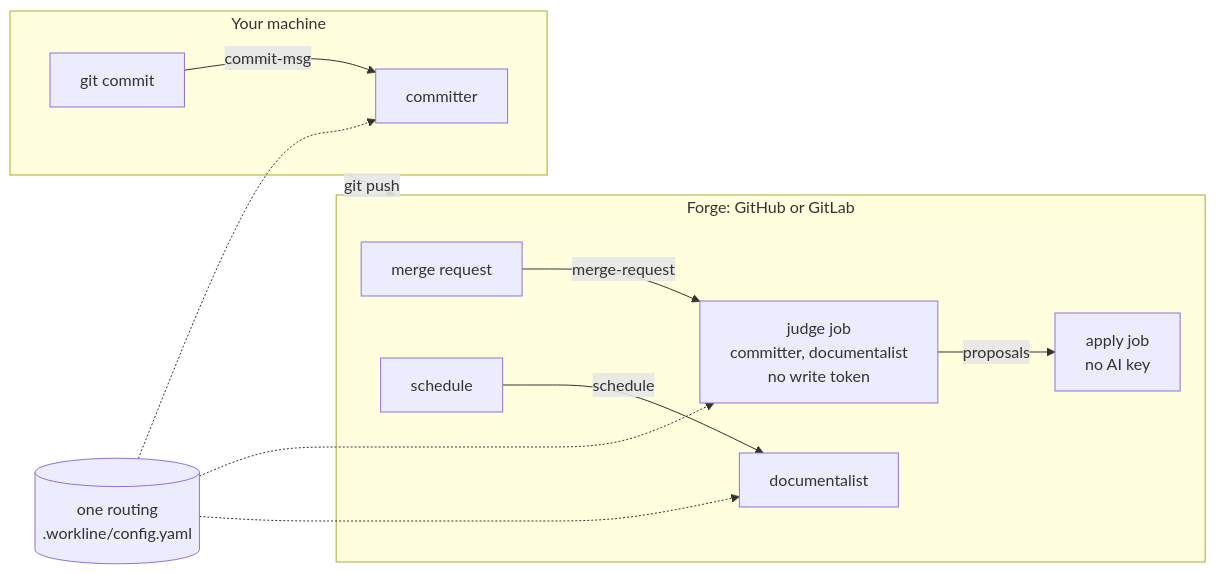
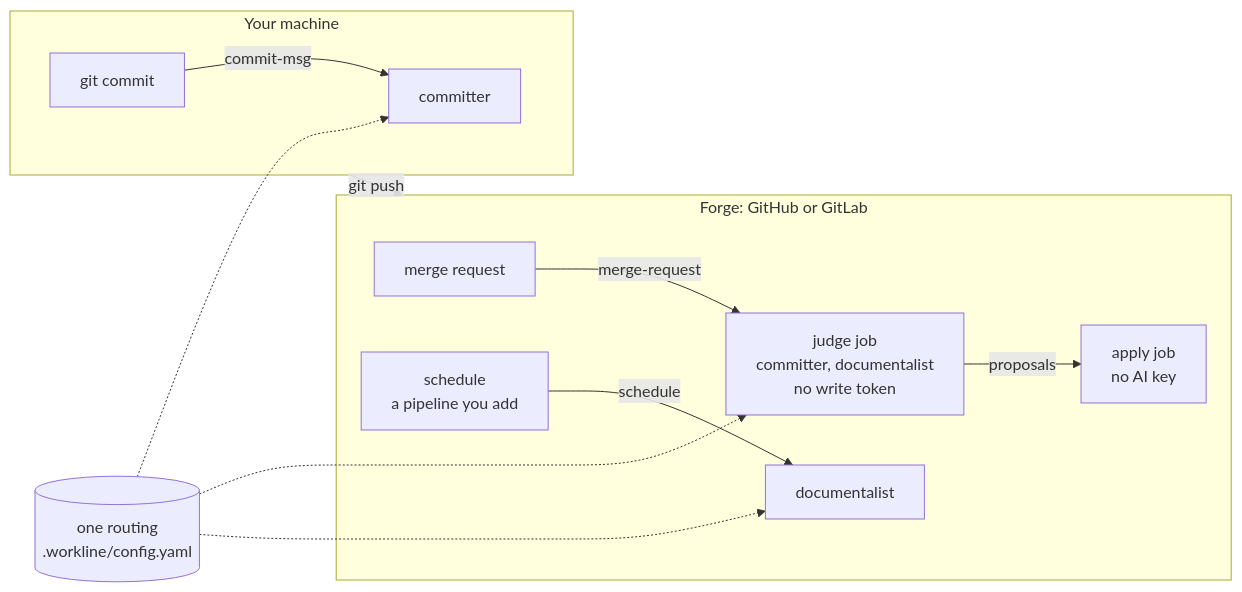
One commit to JN0V/workline changed the diagram in README.md. Above: the diagram before and after it, drawn with Mermaid. The commit also changed other lines of this file and 8 other files, not shown here.

````diff
--- a/README.md
+++ b/README.md
@@ -49,16 +51,16 @@
 ```mermaid
 flowchart LR
   routing[("one routing<br/>.workline/config.yaml")]
   subgraph machine["Your machine"]
     commit["git commit"] -- commit-msg --> committer1["committer"]
   end
   subgraph forge["Forge: GitHub or GitLab"]
     mr["merge request"] -- merge-request --> judge["judge job<br/>committer, documentalist<br/>no write token"]
     judge -- proposals --> apply["apply job<br/>no AI key"]
-    schedule["schedule"] -- schedule --> documentalist["documentalist"]
+    schedule["schedule<br/>a pipeline you add"] -- schedule --> documentalist["documentalist"]
   end
   machine -- git push --> forge
   routing -.-> committer1
   routing -.-> judge
   routing -.-> documentalist
 ```
````
